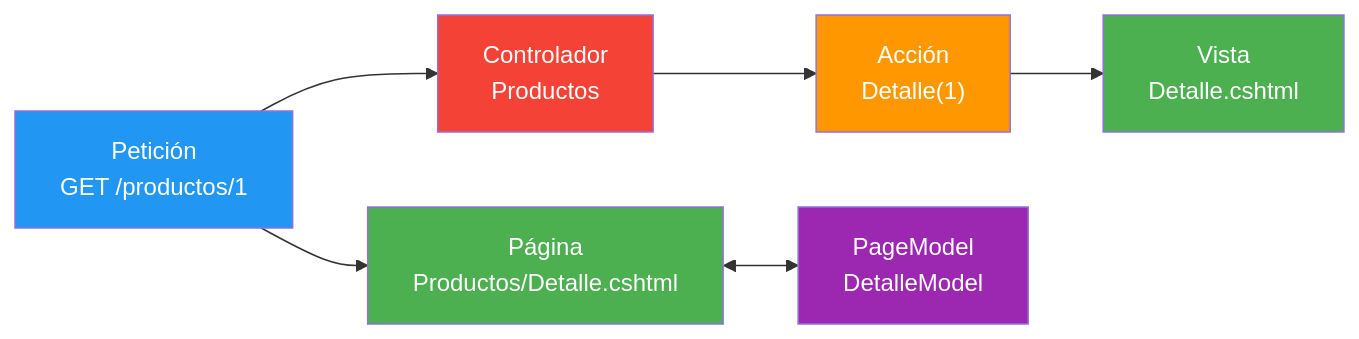
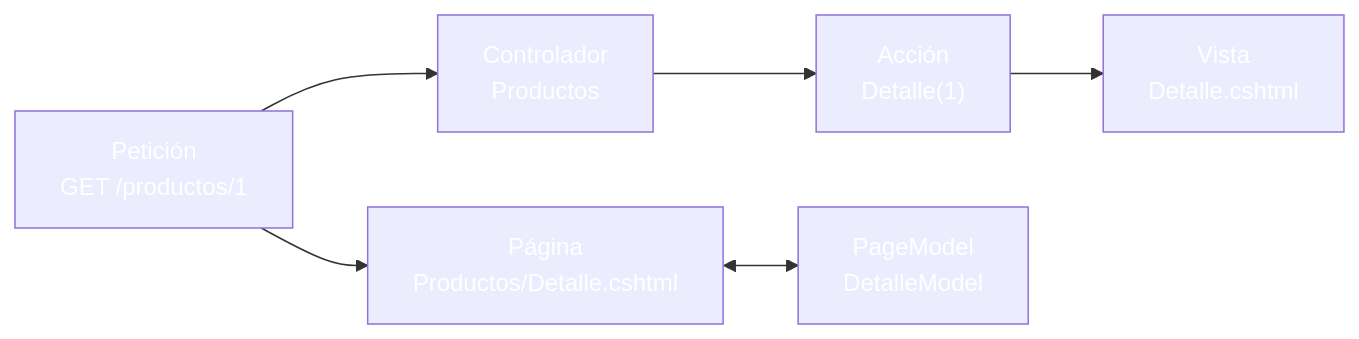
One commit to joseluisgs/DesarrolloWebEntornosServidor-03-2026-2027 changed the first of 4 diagrams in 10-razorpages-fundamentos.md. Above: the diagram before and after it, drawn with Mermaid. The commit also changed other lines of this file and 30 other files, not shown here.

````diff
--- a/10-razorpages-fundamentos.md
+++ b/10-razorpages-fundamentos.md
@@ -58,14 +58,14 @@
 ```mermaid
 graph LR
     A["Petición<br/>GET /productos/1"] --> B["Controlador<br/>Productos"]
     B --> C["Acción<br/>Detalle(1)"]
     C --> D["Vista<br/>Detalle.cshtml"]
     A --> E["Página<br/>Productos/Detalle.cshtml"]
     E <--> F["PageModel<br/>DetalleModel"]
-    style A fill:#2196F3,color:#fff
-    style B fill:#f44336,color:#fff
-    style C fill:#FF9800,color:#fff
-    style D fill:#4CAF50,color:#fff
-    style E fill:#4CAF50,color:#fff
-    style F fill:#9C27B0,color:#fff
+    style A fill:#2196F,color:#fff3,color:#fff
+    style B fill:#f4433,color:#fff6,color:#fff
+    style C fill:#FF980,color:#fff0,color:#fff
+    style D fill:#4CAF5,color:#fff0,color:#fff
+    style E fill:#4CAF5,color:#fff0,color:#fff
+    style F fill:#9C27B,color:#fff0,color:#fff
 ```
````
